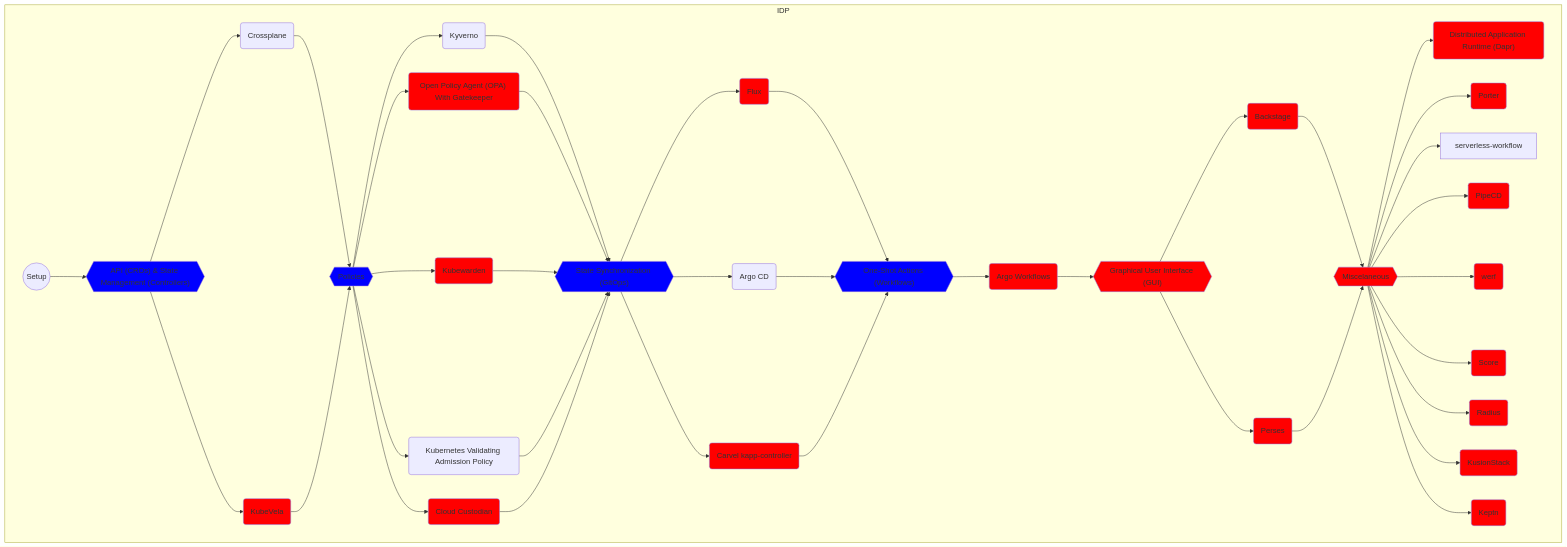
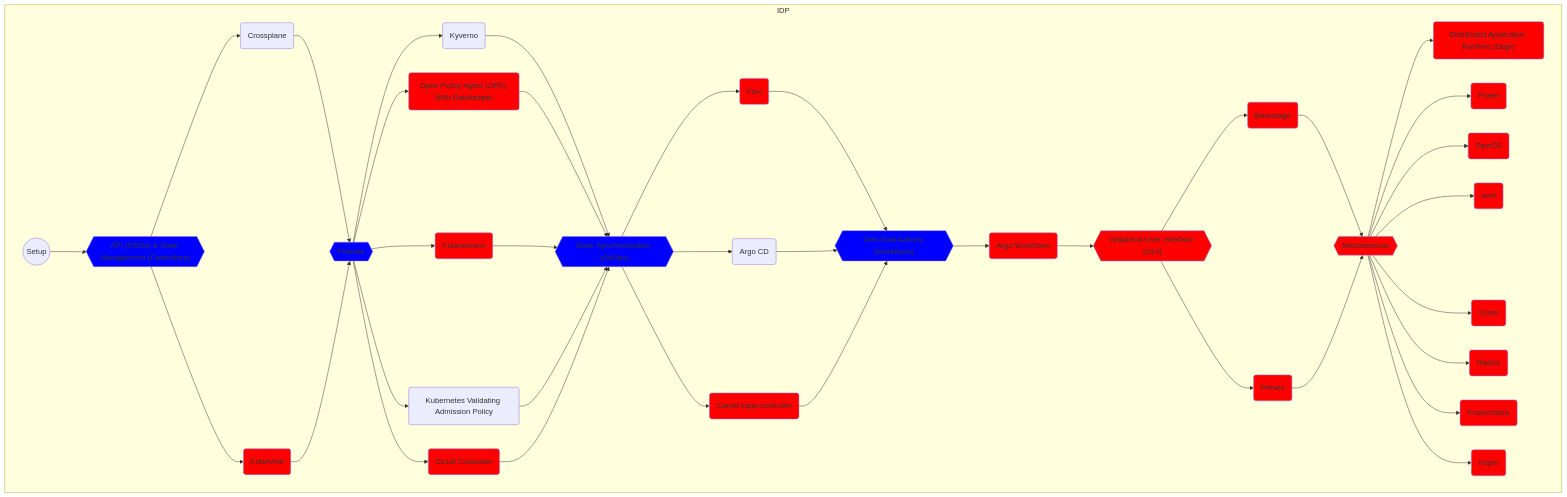
Before and after one commit to vfarcic/cncf-demo: the sixth of 11 diagrams in solution.md, drawn with Mermaid.

````diff
--- a/solution.md
+++ b/solution.md
@@ -843,7 +843,7 @@
         style kusion-stack fill:red
         keptn(Keptn)
         style keptn fill:red
-        misc --> dapr & porter & serverless-workflow & pipecd & werf & score & radius & kusion-stack & keptn
+        misc --> dapr & porter & pipecd & werf & score & radius & kusion-stack & keptn
 
     end
 ```
````
